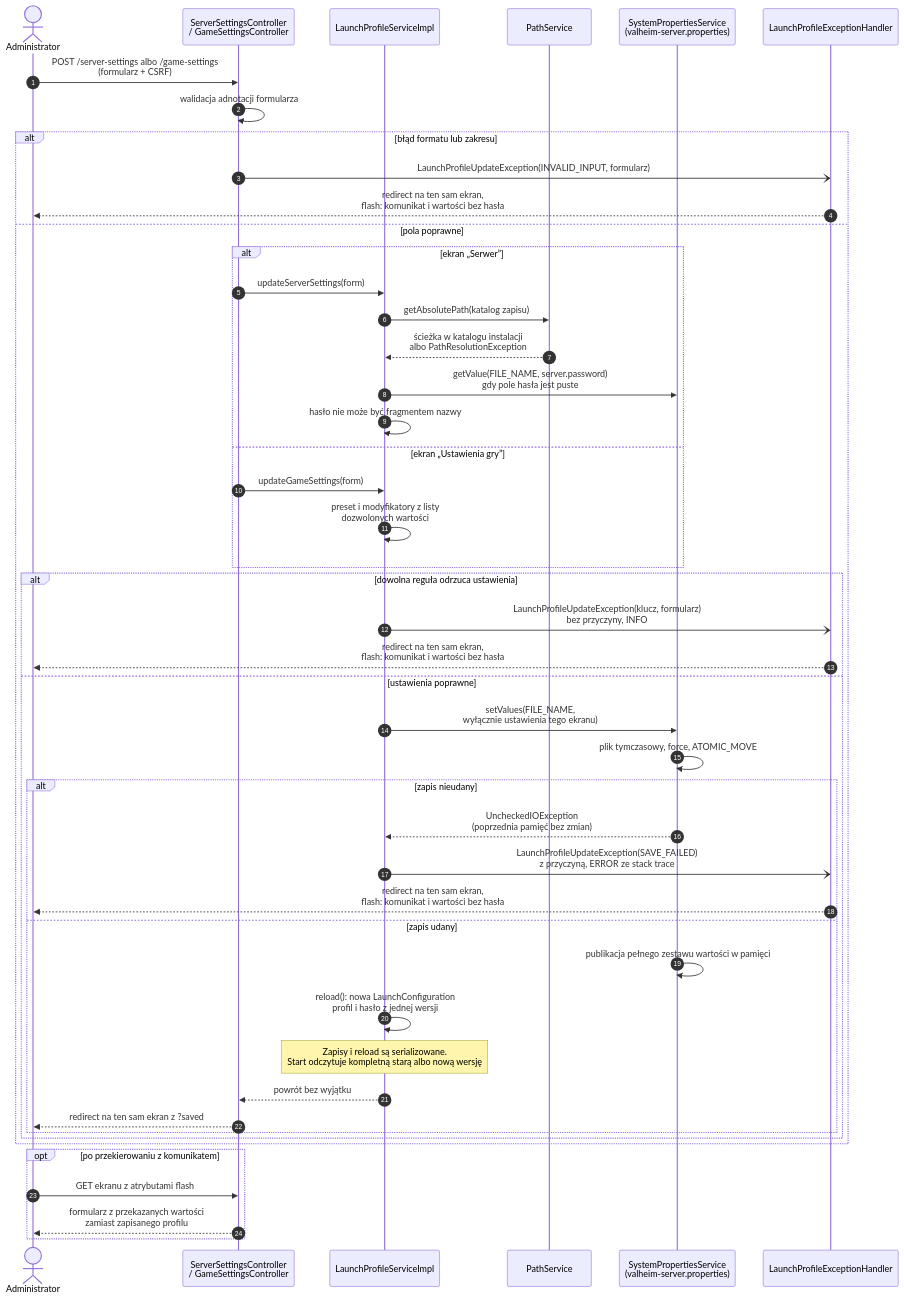
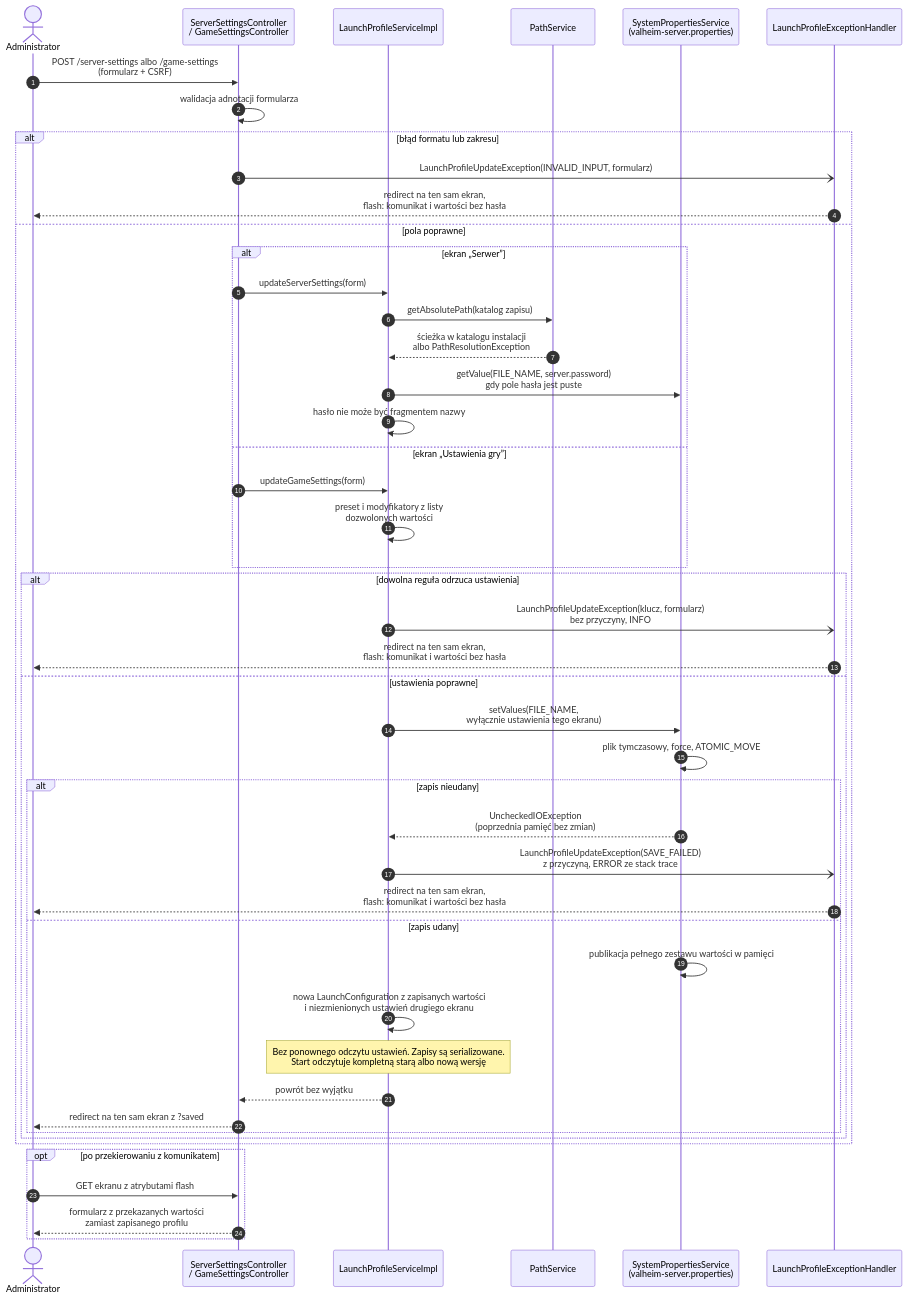
One commit to Pplociennik/vDeck changed the diagram in dokumentacja/diagramy/launch/przeplyw-zapis-profilu.mmd. Above: the diagram before and after it, drawn with Mermaid. The commit also changed 19 other files, not shown here.

```diff
--- a/dokumentacja/diagramy/launch/przeplyw-zapis-profilu.mmd
+++ b/dokumentacja/diagramy/launch/przeplyw-zapis-profilu.mmd
@@ -1,49 +1,49 @@
 %% Diagram sekwencji: zapis profilu uruchomieniowego z ekranów „Serwer” i „Ustawienia gry”
 sequenceDiagram
     autonumber
     actor A as Administrator
     participant C as ServerSettingsController<br/>/ GameSettingsController
     participant S as LaunchProfileServiceImpl
     participant P as PathService
     participant F as SystemPropertiesService<br/>(valheim-server.properties)
     participant H as LaunchProfileExceptionHandler
 
     A->>C: POST /server-settings albo /game-settings<br/>(formularz + CSRF)
     C->>C: walidacja adnotacji formularza
     alt błąd formatu lub zakresu
         C-)H: LaunchProfileUpdateException(INVALID_INPUT, formularz)
         H-->>A: redirect na ten sam ekran,<br/>flash: komunikat i wartości bez hasła
     else pola poprawne
         alt ekran „Serwer”
             C->>S: updateServerSettings(form)
             S->>P: getAbsolutePath(katalog zapisu)
             P-->>S: ścieżka w katalogu instalacji<br/>albo PathResolutionException
             S->>F: getValue(FILE_NAME, server.password)<br/>gdy pole hasła jest puste
             S->>S: hasło nie może być fragmentem nazwy
         else ekran „Ustawienia gry”
             C->>S: updateGameSettings(form)
             S->>S: preset i modyfikatory z listy<br/>dozwolonych wartości
         end
         alt dowolna reguła odrzuca ustawienia
             S-)H: LaunchProfileUpdateException(klucz, formularz)<br/>bez przyczyny, INFO
             H-->>A: redirect na ten sam ekran,<br/>flash: komunikat i wartości bez hasła
         else ustawienia poprawne
             S->>F: setValues(FILE_NAME,<br/>wyłącznie ustawienia tego ekranu)
             F->>F: plik tymczasowy, force, ATOMIC_MOVE
             alt zapis nieudany
                 F-->>S: UncheckedIOException<br/>(poprzednia pamięć bez zmian)
                 S-)H: LaunchProfileUpdateException(SAVE_FAILED)<br/>z przyczyną, ERROR ze stack trace
                 H-->>A: redirect na ten sam ekran,<br/>flash: komunikat i wartości bez hasła
             else zapis udany
                 F->>F: publikacja pełnego zestawu wartości w pamięci
-                S->>S: reload(): nowa LaunchConfiguration<br/>profil i hasło z jednej wersji
-                Note over S: Zapisy i reload są serializowane.<br/>Start odczytuje kompletną starą albo nową wersję
+                S->>S: nowa LaunchConfiguration z zapisanych wartości<br/>i niezmienionych ustawień drugiego ekranu
+                Note over S: Bez ponownego odczytu ustawień. Zapisy są serializowane.<br/>Start odczytuje kompletną starą albo nową wersję
                 S-->>C: powrót bez wyjątku
                 C-->>A: redirect na ten sam ekran z ?saved
             end
         end
     end
     opt po przekierowaniu z komunikatem
         A->>C: GET ekranu z atrybutami flash
         C-->>A: formularz z przekazanych wartości<br/>zamiast zapisanego profilu
     end
```
